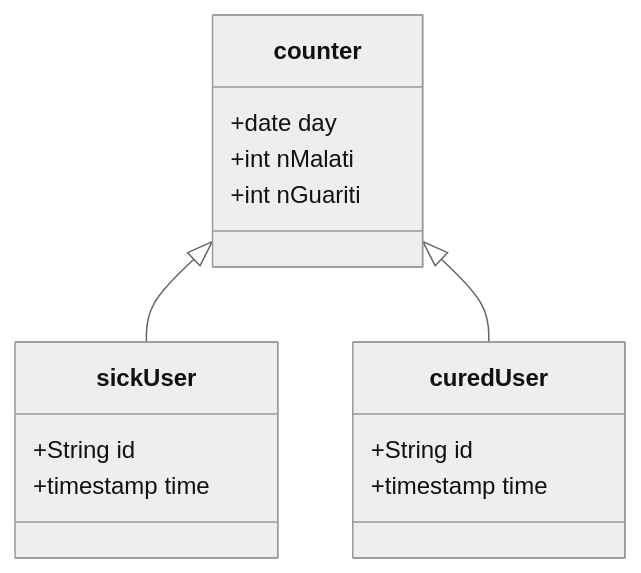
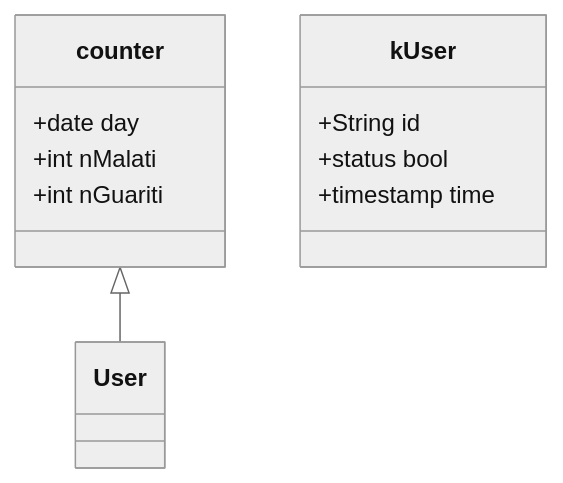
Before and after one commit to Ciamma/CovidStatisticAWS: the diagram in report/CounterAnalisys.md, drawn with Mermaid (neutral theme). The commit also changed other lines of this file, not shown here.

````diff
--- a/report/CounterAnalisys.md
+++ b/report/CounterAnalisys.md
@@ -7,19 +7,15 @@
 ```mermaid 
  classDiagram
-    counter <|-- sickUser
-    counter <|-- curedUser
+    counter <|-- User
     %% id stringa di 15 caratteri 
-    class sickUser{
+    class kUser{
         +String id
-        +timestamp time
-    }
-    class curedUser{
-        +String id
+        +status bool
         +timestamp time
     }
     class counter{
         +date day
         +int nMalati
         +int nGuariti
     }
 ```
````
